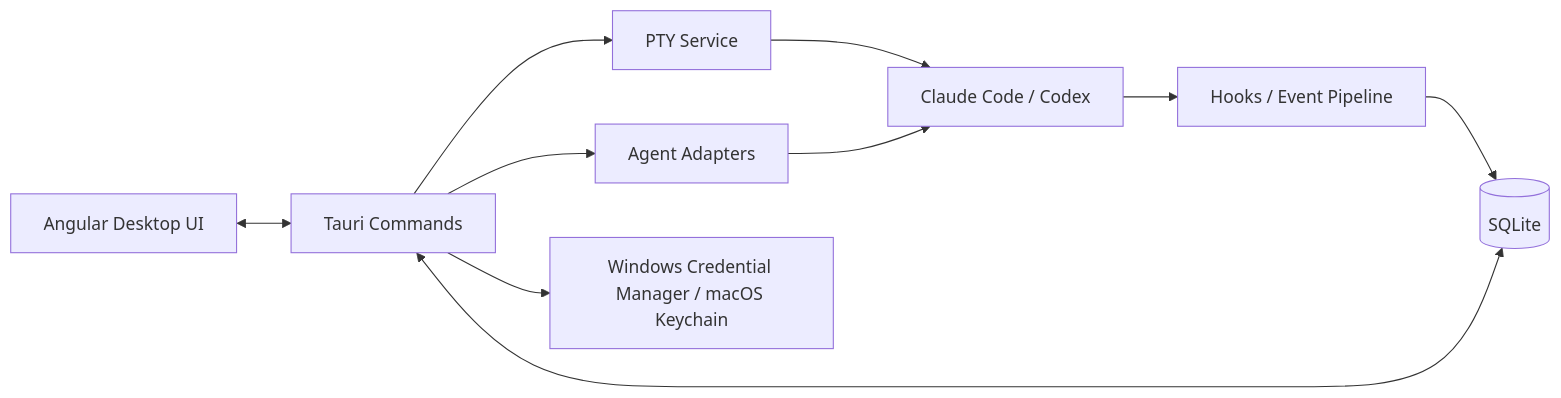
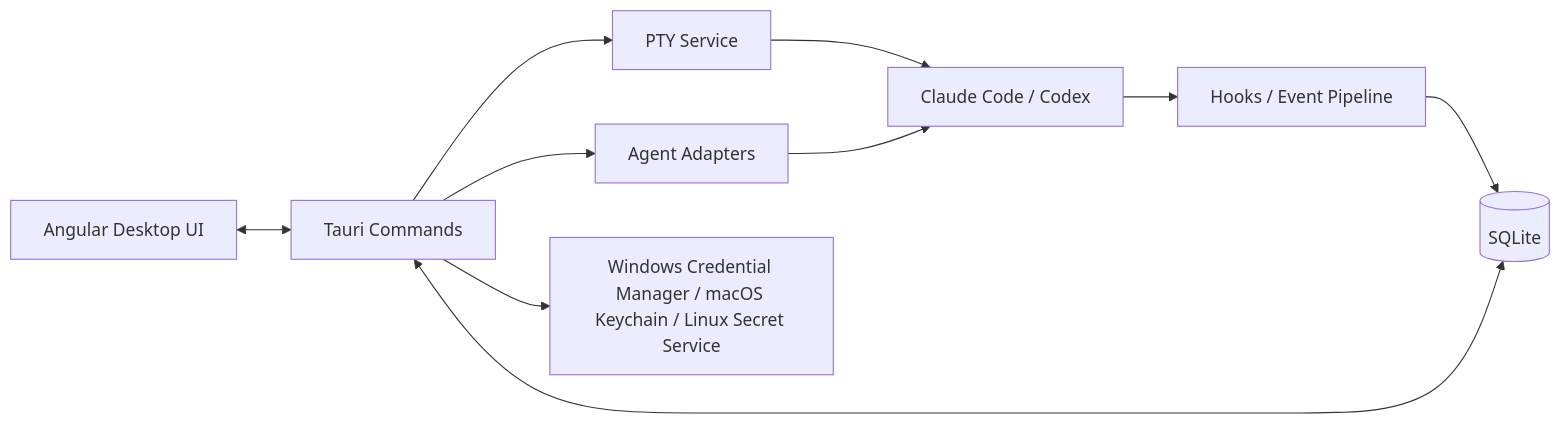
Before and after one commit to gemron/Termexo: the diagram in README.cn.md, drawn with Mermaid. The commit also changed other lines of this file and 12 other files, not shown here.

````diff
--- a/README.cn.md
+++ b/README.cn.md
@@ -381,21 +385,21 @@
 ```mermaid
 flowchart LR
     UI["Angular Desktop UI"]
     IPC["Tauri Commands"]
     PTY["PTY Service"]
     Adapters["Agent Adapters"]
     Hooks["Hooks / Event Pipeline"]
     DB[("SQLite")]
-    Vault["Windows Credential Manager / macOS Keychain"]
+    Vault["Windows Credential Manager / macOS Keychain / Linux Secret Service"]
     Agents["Claude Code / Codex"]
 
     UI <--> IPC
     IPC --> PTY
     PTY --> Agents
     IPC --> Adapters
     Adapters --> Agents
     Agents --> Hooks
     Hooks --> DB
     IPC <--> DB
     IPC --> Vault
 ```
````
